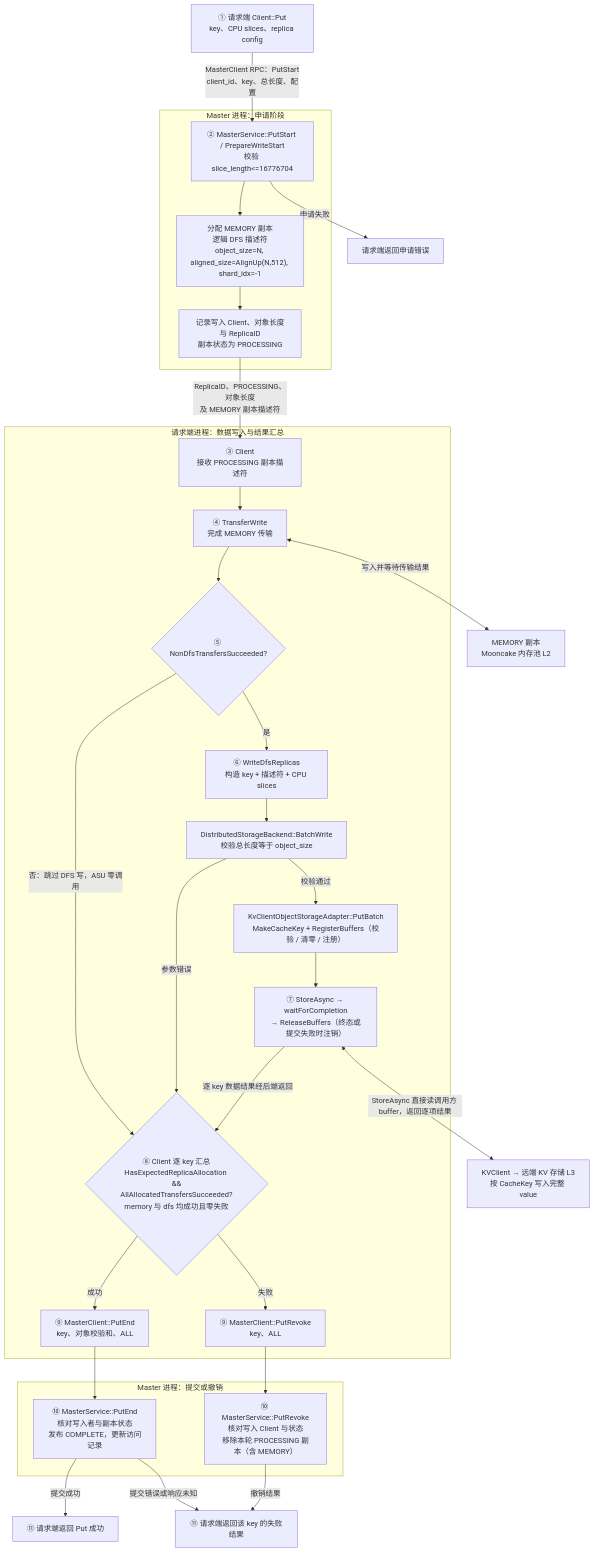
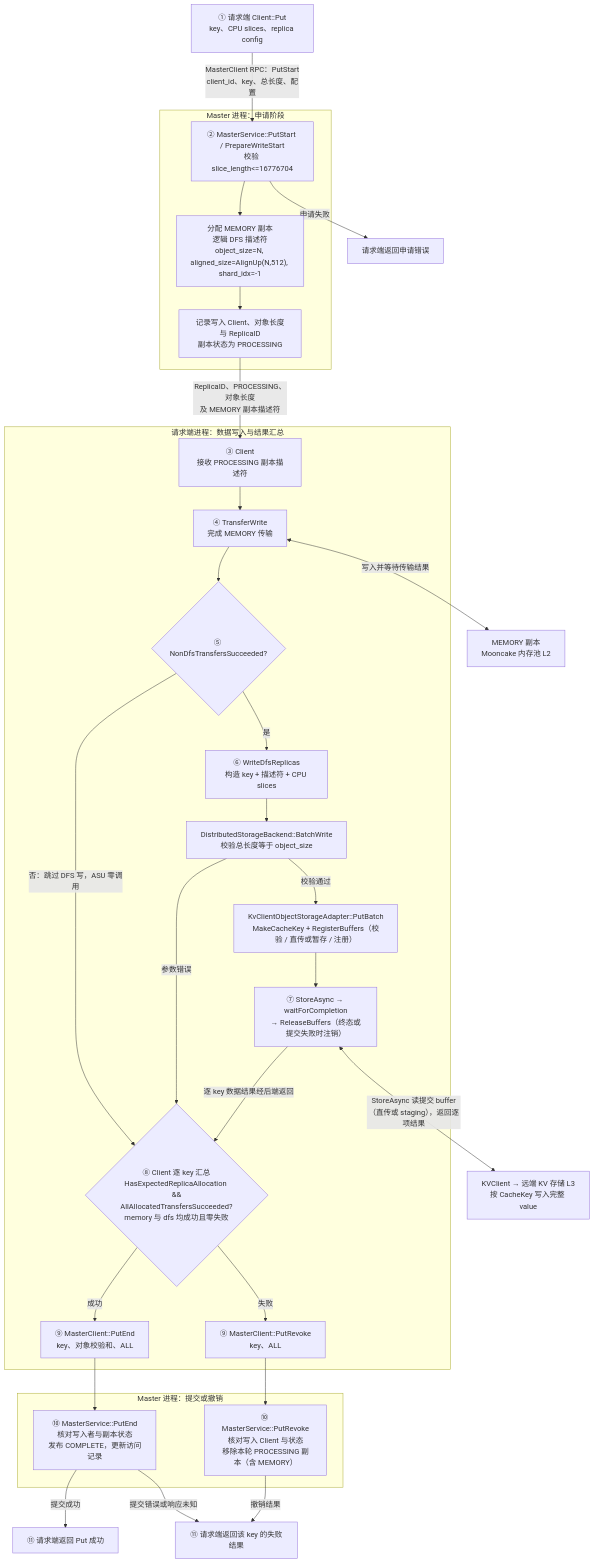
The fourth of 13 diagrams in Mooncake + KVClient L3 接入（Kvcs）- v3.md (zwj20000328-dotcom/Mooncake-documents), drawn with Mermaid before and after one commit. The commit also changed other lines of this file, not shown here.

Commit message:
docs: add staged buffers as the default path for unaligned or undeclared buffers

````diff
--- a/Mooncake + KVClient L3 接入（Kvcs）- v3.md
+++ b/Mooncake + KVClient L3 接入（Kvcs）- v3.md
@@ -326,60 +326,60 @@
 ```mermaid
 flowchart TB
     C1["① 请求端 Client::Put<br/>key、CPU slices、replica config"]
 
     subgraph MasterStart["Master 进程：申请阶段"]
         START["② MasterService::PutStart / PrepareWriteStart<br/>校验 slice_length<=16776704"]
         ALLOC["分配 MEMORY 副本<br/>逻辑 DFS 描述符<br/>object_size=N, aligned_size=AlignUp(N,512), shard_idx=-1"]
         META["记录写入 Client、对象长度与 ReplicaID<br/>副本状态为 PROCESSING"]
 
         START --> ALLOC
         ALLOC --> META
     end
 
     subgraph Request["请求端进程：数据写入与结果汇总"]
         C2["③ Client<br/>接收 PROCESSING 副本描述符"]
         T["④ TransferWrite<br/>完成 MEMORY 传输"]
         GATE{"⑤ NonDfsTransfersSucceeded?"}
         W["⑥ WriteDfsReplicas<br/>构造 key + 描述符 + CPU slices"]
         B["DistributedStorageBackend::BatchWrite<br/>校验总长度等于 object_size"]
-        O["KvClientObjectStorageAdapter::PutBatch<br/>MakeCacheKey + RegisterBuffers（校验 / 清零 / 注册）"]
+        O["KvClientObjectStorageAdapter::PutBatch<br/>MakeCacheKey + RegisterBuffers（校验 / 直传或暂存 / 注册）"]
         D["⑦ StoreAsync → waitForCompletion<br/>→ ReleaseBuffers（终态或提交失败时注销）"]
         J{"⑧ Client 逐 key 汇总<br/>HasExpectedReplicaAllocation &&<br/>AllAllocatedTransfersSucceeded?<br/>memory 与 dfs 均成功且零失败"}
         END["⑨ MasterClient::PutEnd<br/>key、对象校验和、ALL"]
         REVOKE["⑨ MasterClient::PutRevoke<br/>key、ALL"]
 
         C2 --> T
         T --> GATE
         GATE -->|"是"| W
         GATE -->|"否：跳过 DFS 写，ASU 零调用"| J
         W --> B
         B -->|"校验通过"| O
         B -->|"参数错误"| J
         O --> D
         D -->|"逐 key 数据结果经后端返回"| J
         J -->|"成功"| END
         J -->|"失败"| REVOKE
     end
 
     subgraph MasterFinish["Master 进程：提交或撤销"]
         COMMIT["⑩ MasterService::PutEnd<br/>核对写入者与副本状态<br/>发布 COMPLETE，更新访问记录"]
         ABORT["⑩ MasterService::PutRevoke<br/>核对写入 Client 与状态<br/>移除本轮 PROCESSING 副本（含 MEMORY）"]
     end
 
     OK["⑪ 请求端返回 Put 成功"]
     FAIL["⑪ 请求端返回该 key 的失败结果"]
     REJECT["请求端返回申请错误"]
     RAM["MEMORY 副本<br/>Mooncake 内存池 L2"]
     S["KVClient → 远端 KV 存储 L3<br/>按 CacheKey 写入完整 value"]
 
     C1 -->|"MasterClient RPC：PutStart<br/>client_id、key、总长度、配置"| START
     START -->|"申请失败"| REJECT
     META -->|"ReplicaID、PROCESSING、对象长度<br/>及 MEMORY 副本描述符"| C2
     T <-->|"写入并等待传输结果"| RAM
-    D <-->|"StoreAsync 直接读调用方 buffer，返回逐项结果"| S
+    D <-->|"StoreAsync 读提交 buffer（直传或 staging），返回逐项结果"| S
     END --> COMMIT
     COMMIT -->|"提交成功"| OK
     COMMIT -->|"提交错误或响应未知"| FAIL
     REVOKE --> ABORT
     ABORT -->|"撤销结果"| FAIL
 ```
````
